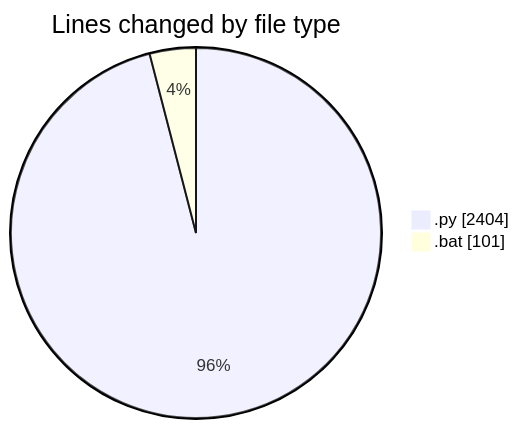
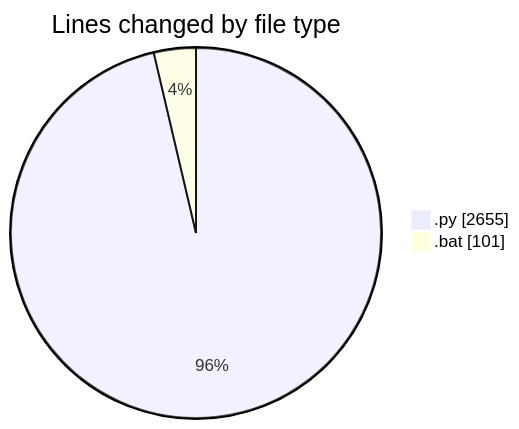
Before and after one commit to FelipKnott/code-tracking: the first of 2 diagrams in 2025-07-03/cursor/README.md, drawn with Mermaid. The commit also changed other lines of this file and 1 other file, not shown here.

````diff
--- a/2025-07-03/cursor/README.md
+++ b/2025-07-03/cursor/README.md
@@ -35,6 +38,6 @@
 ```mermaid
 pie showData
 title Lines changed by file type
-".py" : 2404
+".py" : 2655
 ".bat" : 101
 ```
````
